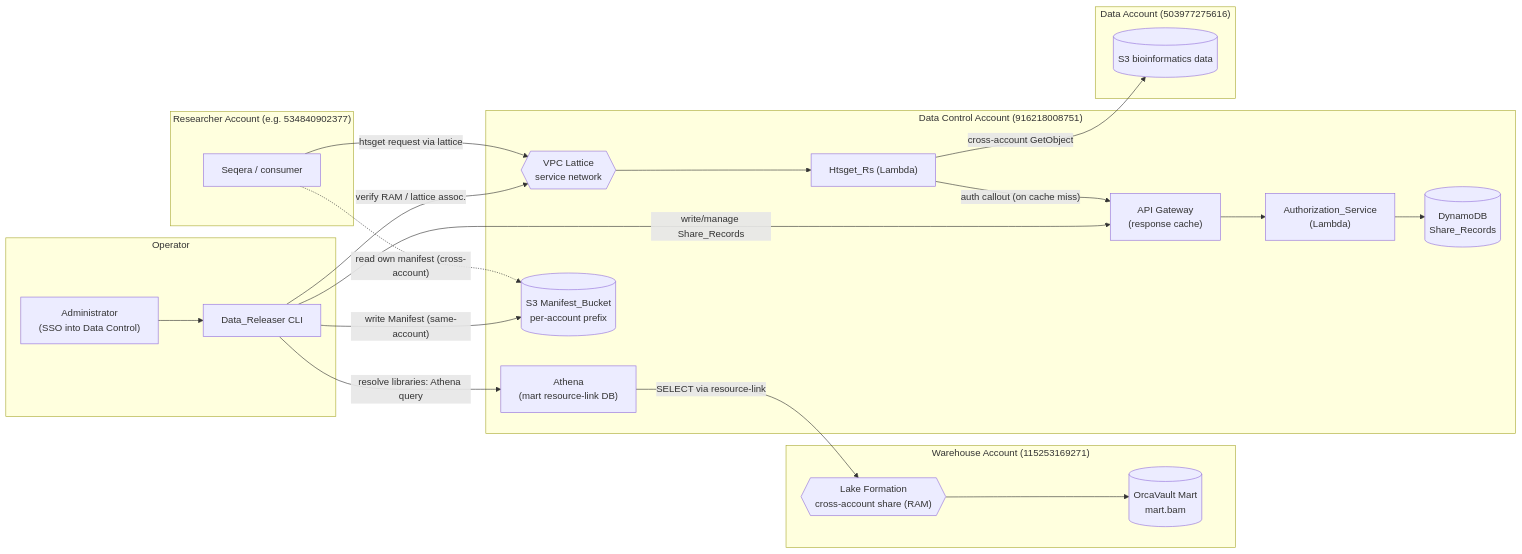
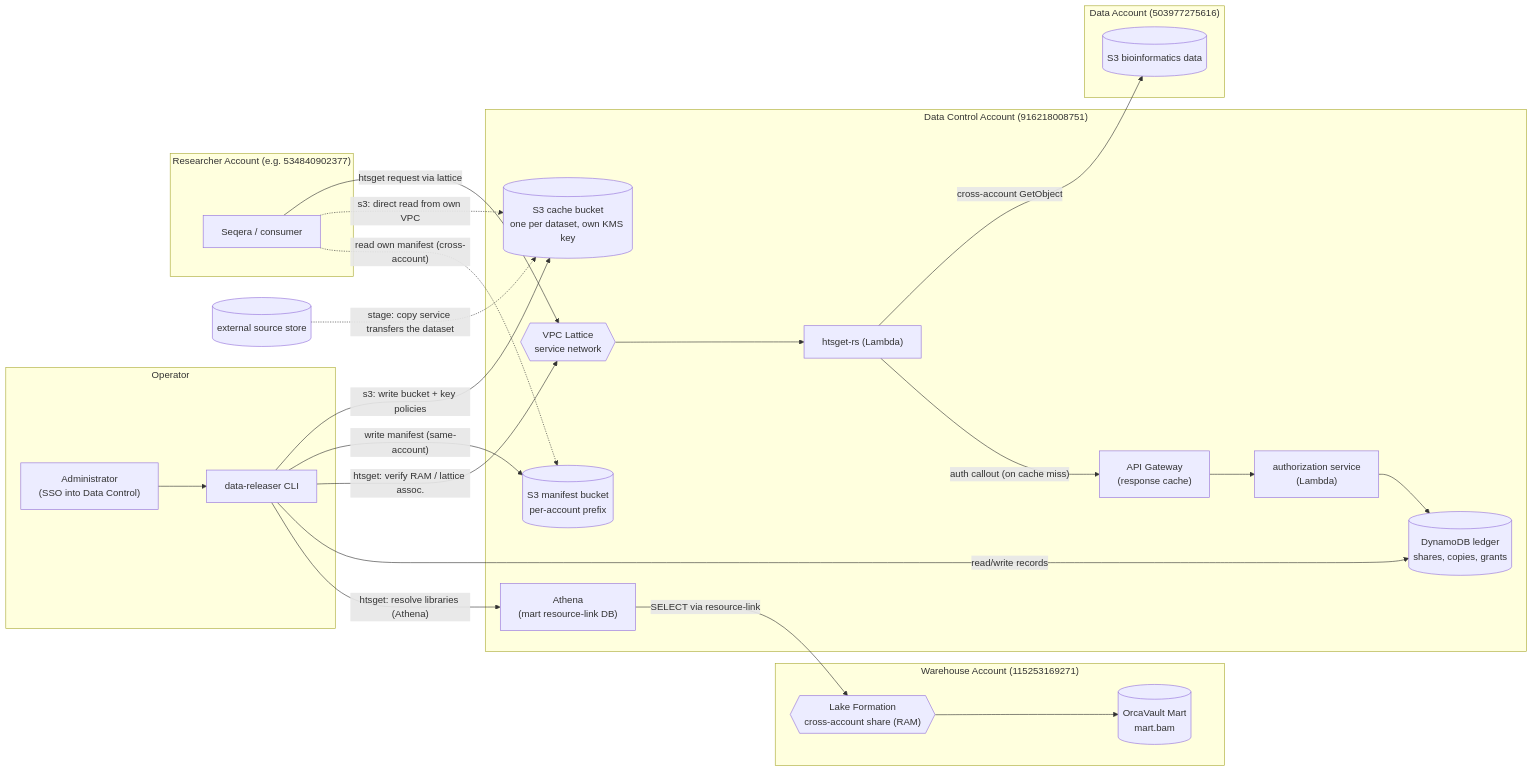
Before and after one commit to umccr/data-releaser: the diagram in README.md, drawn with Mermaid. The commit also changed other lines of this file and 114 other files, not shown here.

````diff
--- a/README.md
+++ b/README.md
@@ -52,48 +86,52 @@
 ```mermaid
 flowchart LR
     subgraph OPS["Operator"]
         ADMIN["Administrator<br/>(SSO into Data Control)"]
-        CLI["Data_Releaser CLI"]
+        CLI["data-releaser CLI"]
     end
 
     subgraph WH["Warehouse Account (115253169271)"]
         OV[("OrcaVault Mart<br/>mart.bam")]
         LF{{"Lake Formation<br/>cross-account share (RAM)"}}
     end
 
     subgraph DC["Data Control Account (916218008751)"]
         ATHENA["Athena<br/>(mart resource-link DB)"]
         APIGW["API Gateway<br/>(response cache)"]
-        AUTH["Authorization_Service<br/>(Lambda)"]
-        DDB[("DynamoDB<br/>Share_Records")]
-        HTS["Htsget_Rs (Lambda)"]
+        AUTH["authorization service<br/>(Lambda)"]
+        DDB[("DynamoDB ledger<br/>shares, copies, grants")]
+        HTS["htsget-rs (Lambda)"]
         LATTICE{{"VPC Lattice<br/>service network"}}
-        S3MAN[("S3 Manifest_Bucket<br/>per-account prefix")]
+        S3MAN[("S3 manifest bucket<br/>per-account prefix")]
+        CACHE[("S3 cache bucket<br/>one per dataset, own KMS key")]
     end
 
     subgraph DATA["Data Account (503977275616)"]
         S3DATA[("S3 bioinformatics data")]
     end
 
     subgraph RES["Researcher Account (e.g. 534840902377)"]
         SEQERA["Seqera / consumer"]
     end
 
     ADMIN --> CLI
-    CLI -->|"resolve libraries: Athena query"| ATHENA
-    CLI -->|"write/manage Share_Records"| APIGW
-    CLI -->|"verify RAM / lattice assoc."| LATTICE
-    CLI -->|"write Manifest (same-account)"| S3MAN
+    CLI -->|"htsget: resolve libraries (Athena)"| ATHENA
+    CLI -->|"read/write records"| DDB
+    CLI -->|"htsget: verify RAM / lattice assoc."| LATTICE
+    CLI -->|"write manifest (same-account)"| S3MAN
+    CLI -->|"s3: write bucket + key policies"| CACHE
     SEQERA -.->|"read own manifest (cross-account)"| S3MAN
+    SEQERA -.->|"s3: direct read from own VPC"| CACHE
 
     ATHENA -->|"SELECT via resource-link"| LF
     LF --> OV
 
     APIGW --> AUTH
     AUTH --> DDB
+    SRC[("external source store")] -.->|"stage: copy service transfers the dataset"| CACHE
 
     SEQERA -->|"htsget request via lattice"| LATTICE
     LATTICE --> HTS
     HTS -->|"auth callout (on cache miss)"| APIGW
     HTS -->|"cross-account GetObject"| S3DATA
 ```
````
